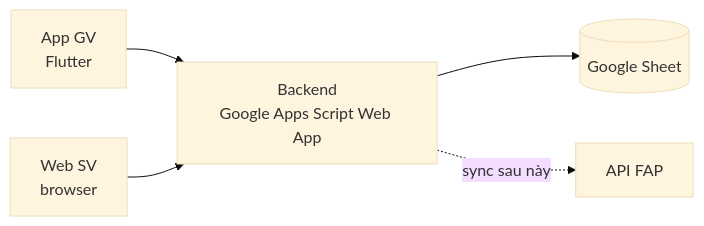
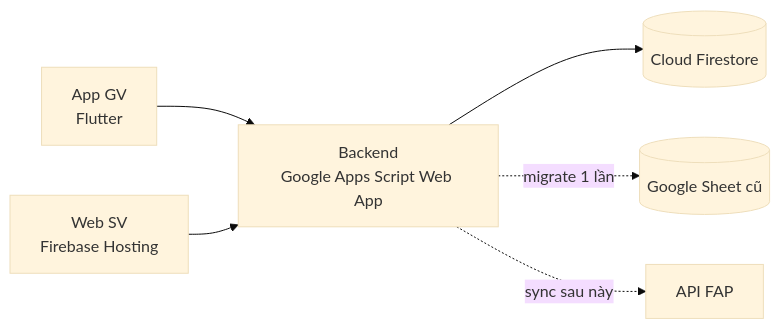
The first of 2 diagrams in docs/01-kien-truc-tong-the.md (ducminh852005/fapcheckin), drawn with Mermaid (base theme) before and after one commit. The commit also changed other lines of this file and 53 other files, not shown here.

````diff
--- a/docs/01-kien-truc-tong-the.md
+++ b/docs/01-kien-truc-tong-the.md
@@ -7,7 +7,8 @@
 ```mermaid
 flowchart LR
     GV[App GV<br/>Flutter] --> BE[Backend<br/>Google Apps Script Web App]
-    SV[Web SV<br/>browser] --> BE
-    BE --> Sheet[(Google Sheet)]
+    SV[Web SV<br/>Firebase Hosting] --> BE
+    BE --> FS[(Cloud Firestore)]
+    BE -.migrate 1 lần.-> Sheet[(Google Sheet cũ)]
     BE -.sync sau này.-> FAP[API FAP]
 ```
````
